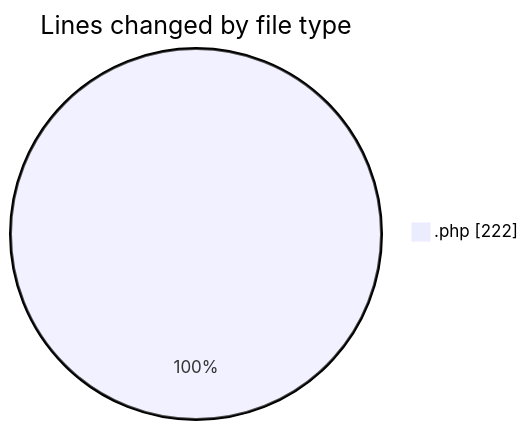
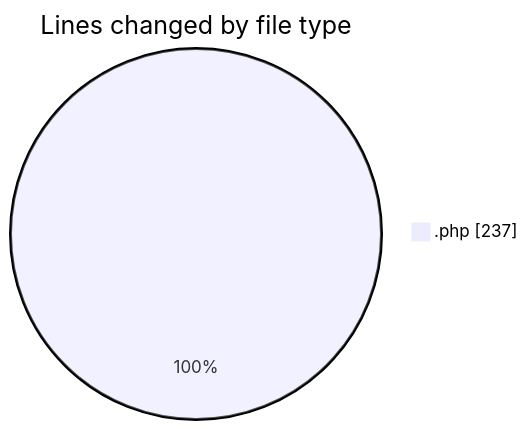
One commit to LanceThiago/code-tracking changed the first of 2 diagrams in 2026-04-09/web/README.md. Above: the diagram before and after it, drawn with Mermaid. The commit also changed other lines of this file and 1 other file, not shown here.

````diff
--- a/2026-04-09/web/README.md
+++ b/2026-04-09/web/README.md
@@ -20,5 +20,5 @@
 ```mermaid
 pie showData
 title Lines changed by file type
-".php" : 222
+".php" : 237
 ```
````
